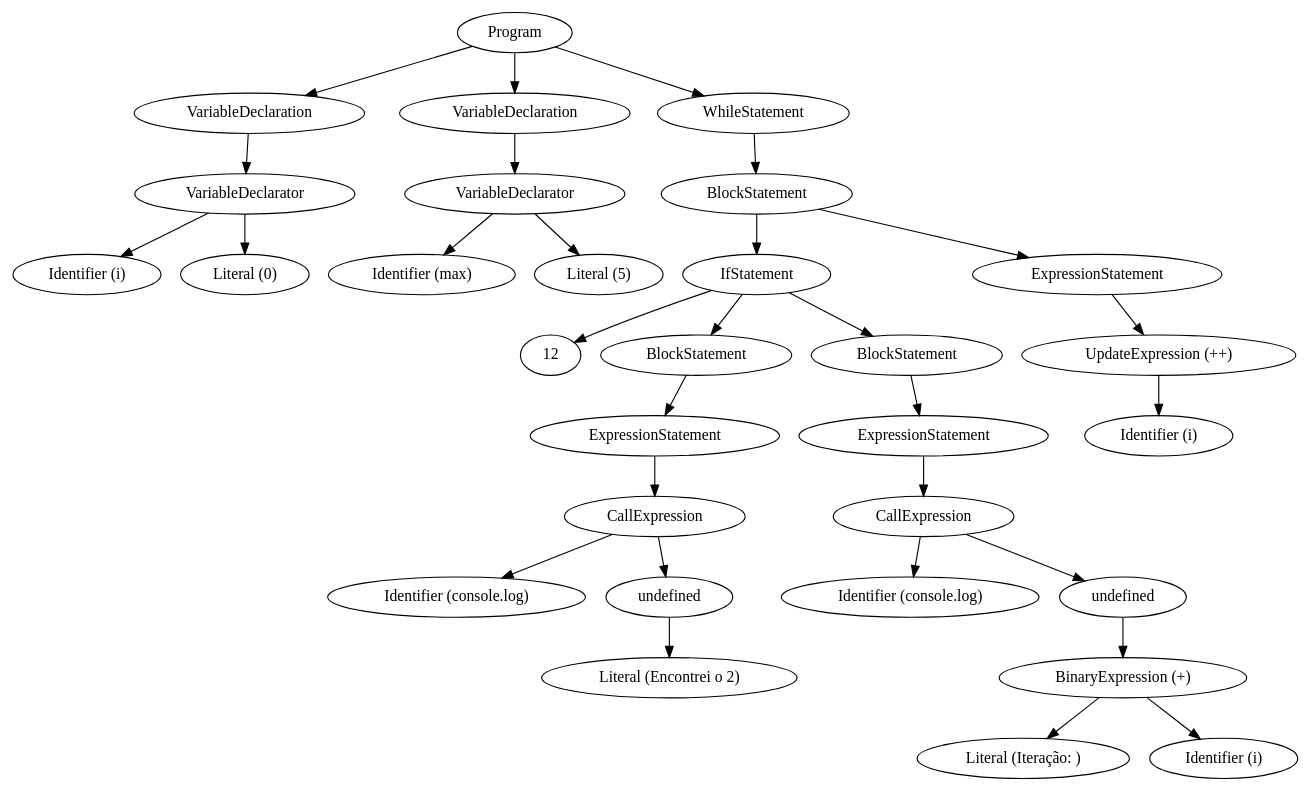
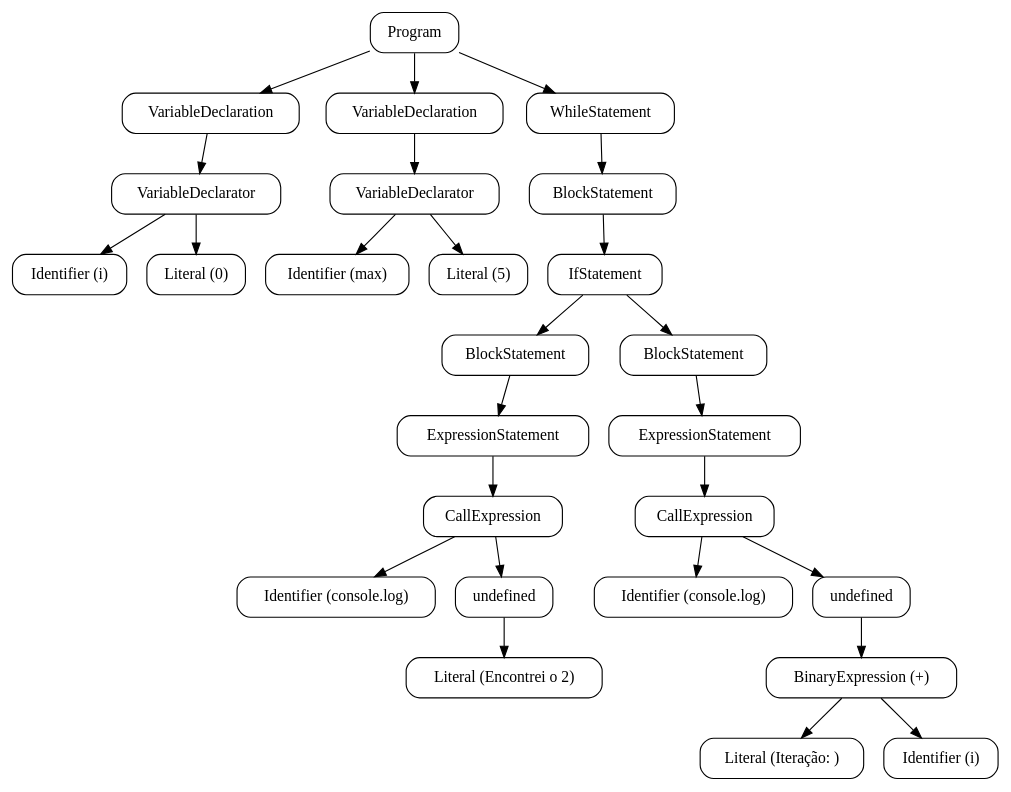
The diagram in output/teste_completo.ast.dot (lorena-strobel/NovaScript), drawn with Graphviz before and after one commit. The commit also changed 4 other files, not shown here.

```diff
--- a/output/teste_completo.ast.dot
+++ b/output/teste_completo.ast.dot
@@ -1,60 +1,54 @@
 digraph AST {
+  node [shape=box, style="rounded"];
   0 [label="Program"];
+  1 [label="VariableDeclaration"];
   0 -> 1;
-  1 [label="VariableDeclaration"];
+  2 [label="VariableDeclarator"];
   1 -> 2;
-  2 [label="VariableDeclarator"];
+  3 [label="Identifier (i)"];
   2 -> 3;
-  3 [label="Identifier (i)"];
+  4 [label="Literal (0)"];
   2 -> 4;
-  4 [label="Literal (0)"];
+  5 [label="VariableDeclaration"];
   0 -> 5;
-  5 [label="VariableDeclaration"];
+  6 [label="VariableDeclarator"];
   5 -> 6;
-  6 [label="VariableDeclarator"];
+  7 [label="Identifier (max)"];
   6 -> 7;
-  7 [label="Identifier (max)"];
+  8 [label="Literal (5)"];
   6 -> 8;
-  8 [label="Literal (5)"];
+  9 [label="WhileStatement"];
   0 -> 9;
-  9 [label="WhileStatement"];
+  10 [label="BlockStatement"];
   9 -> 10;
-  10 [label="BlockStatement"];
+  11 [label="IfStatement"];
   10 -> 11;
-  11 [label="IfStatement"];
+  12 [label="BlockStatement"];
   11 -> 12;
-  11 -> 13;
-  13 [label="BlockStatement"];
+  13 [label="ExpressionStatement"];
+  12 -> 13;
+  14 [label="CallExpression"];
   13 -> 14;
-  14 [label="ExpressionStatement"];
+  15 [label="Identifier (console.log)"];
   14 -> 15;
-  15 [label="CallExpression"];
-  15 -> 16;
-  16 [label="Identifier (console.log)"];
-  15 -> 17;
-  17 [label="undefined"];
-  17 -> 18;
-  18 [label="Literal (Encontrei o 2)"];
-  11 -> 19;
-  19 [label="BlockStatement"];
+  16 [label="undefined"];
+  14 -> 16;
+  17 [label="Literal (Encontrei o 2)"];
+  16 -> 17;
+  18 [label="BlockStatement"];
+  11 -> 18;
+  19 [label="ExpressionStatement"];
+  18 -> 19;
+  20 [label="CallExpression"];
   19 -> 20;
-  20 [label="ExpressionStatement"];
+  21 [label="Identifier (console.log)"];
   20 -> 21;
-  21 [label="CallExpression"];
-  21 -> 22;
-  22 [label="Identifier (console.log)"];
-  21 -> 23;
-  23 [label="undefined"];
+  22 [label="undefined"];
+  20 -> 22;
+  23 [label="BinaryExpression (+)"];
+  22 -> 23;
+  24 [label="Literal (Iteração: )"];
   23 -> 24;
-  24 [label="BinaryExpression (+)"];
-  24 -> 25;
-  25 [label="Literal (Iteração: )"];
-  24 -> 26;
-  26 [label="Identifier (i)"];
-  10 -> 27;
-  27 [label="ExpressionStatement"];
-  27 -> 28;
-  28 [label="UpdateExpression (++)"];
-  28 -> 29;
-  29 [label="Identifier (i)"];
+  25 [label="Identifier (i)"];
+  23 -> 25;
 }
```
